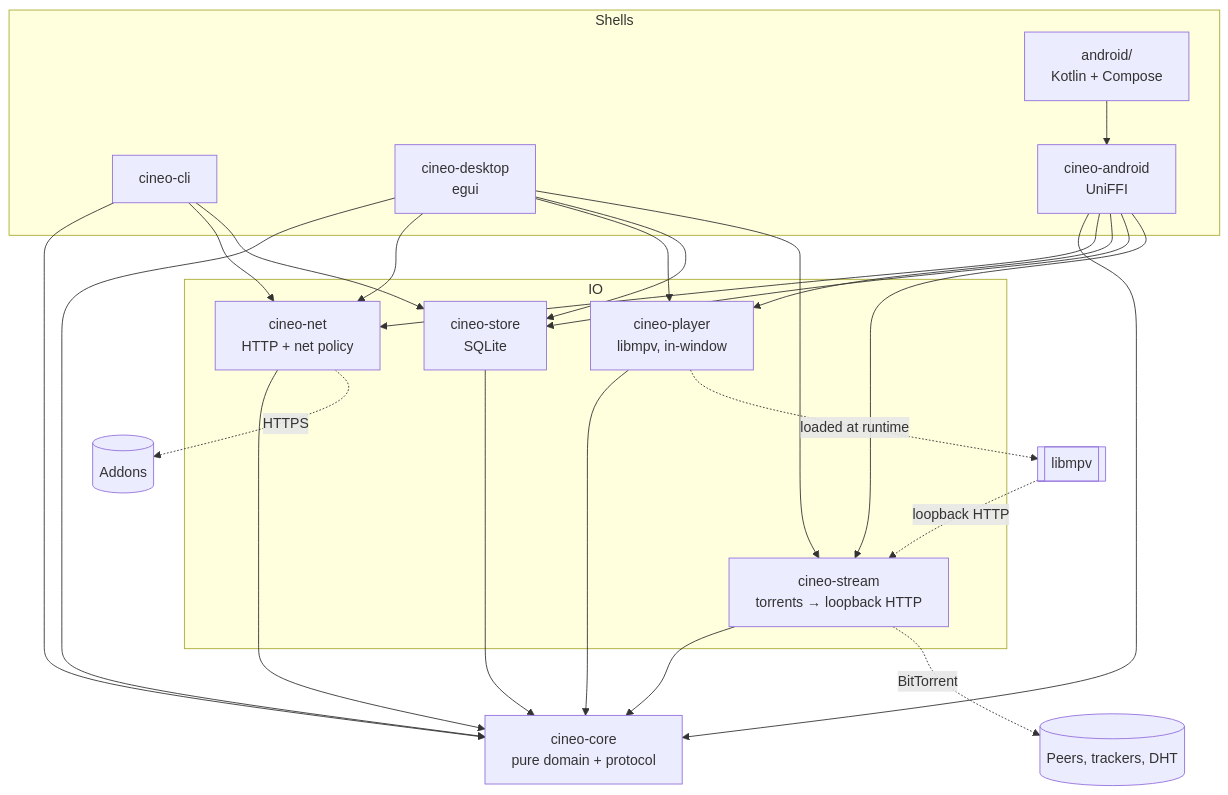
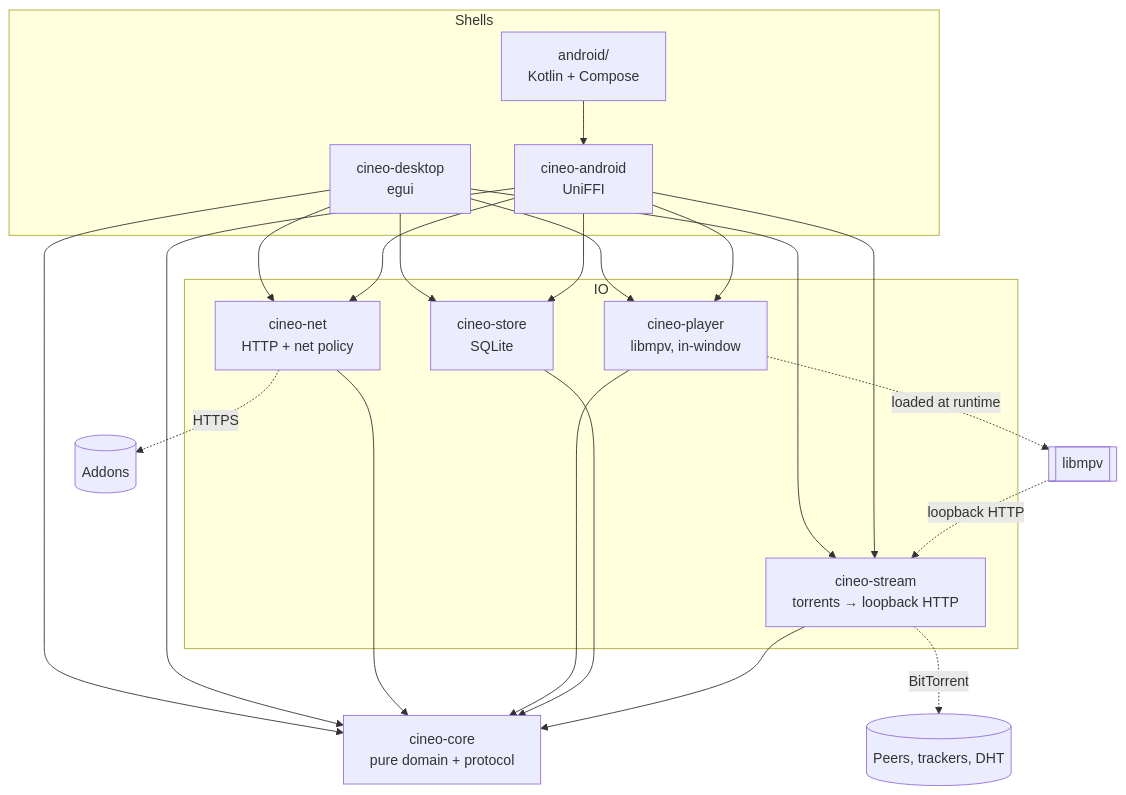
One commit to mdmrk/cineo changed the first of 2 diagrams in docs/ARCHITECTURE.md. Above: the diagram before and after it, drawn with Mermaid. The commit also changed other lines of this file and 13 other files, not shown here.

Commit message:
chore: remove the cineo CLI and the store doctor it alone used

````diff
--- a/docs/ARCHITECTURE.md
+++ b/docs/ARCHITECTURE.md
@@ -21,31 +21,28 @@
 ```mermaid
 flowchart TB
   subgraph Shells
-    CLI[cineo-cli]
     GUI[cineo-desktop<br/>egui]
     AND[cineo-android<br/>UniFFI]
     KT[android/<br/>Kotlin + Compose]
   end
   subgraph IO
     NET[cineo-net<br/>HTTP + net policy]
     PLAYER[cineo-player<br/>libmpv, in-window]
     STORE[cineo-store<br/>SQLite]
     STREAM[cineo-stream<br/>torrents → loopback HTTP]
   end
   CORE[cineo-core<br/>pure domain + protocol]
-  CLI --> CORE
   GUI --> CORE
-  CLI --> NET & STORE
   GUI --> NET & PLAYER & STORE & STREAM
   KT --> AND
   AND --> CORE
   AND --> NET & PLAYER & STORE & STREAM
   NET --> CORE
   PLAYER --> CORE
   STORE --> CORE
   STREAM --> CORE
   NET -. HTTPS .-> ADDONS[(Addons)]
   PLAYER -. loaded at runtime .-> MPV[[libmpv]]
   STREAM -. BitTorrent .-> PEERS[(Peers, trackers, DHT)]
   MPV -. loopback HTTP .-> STREAM
 ```
````
